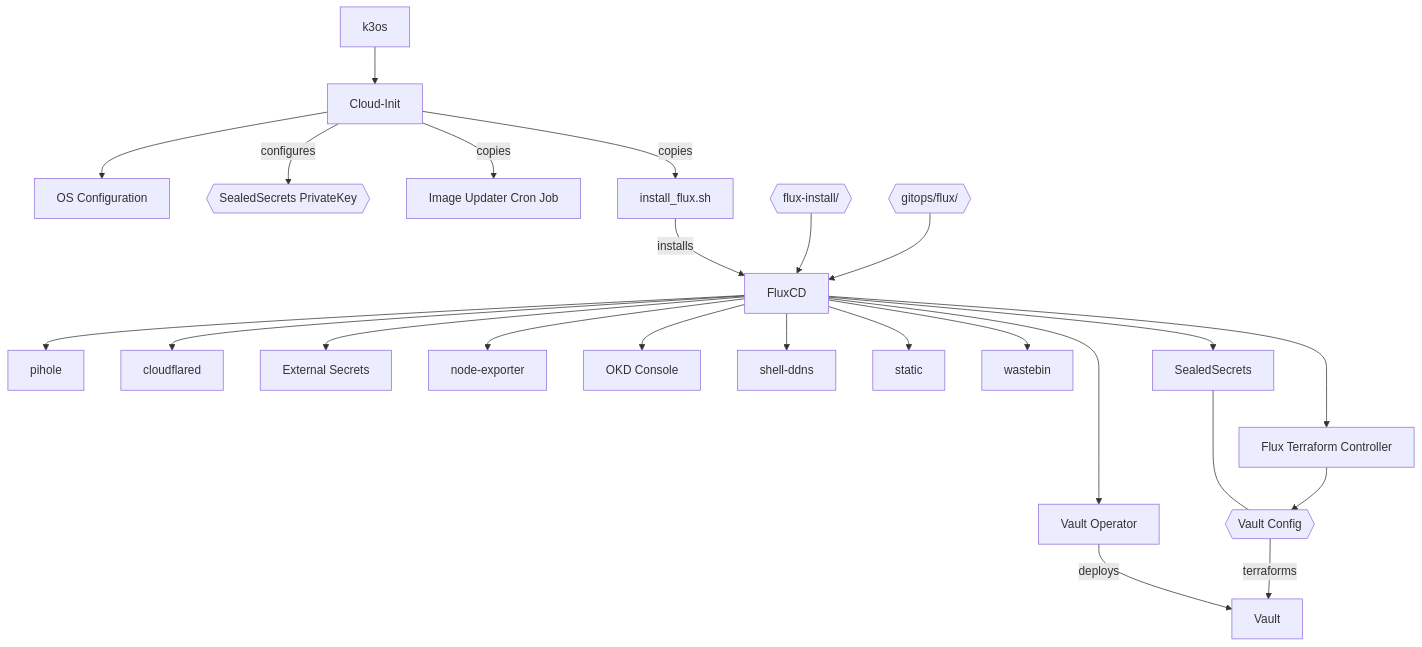
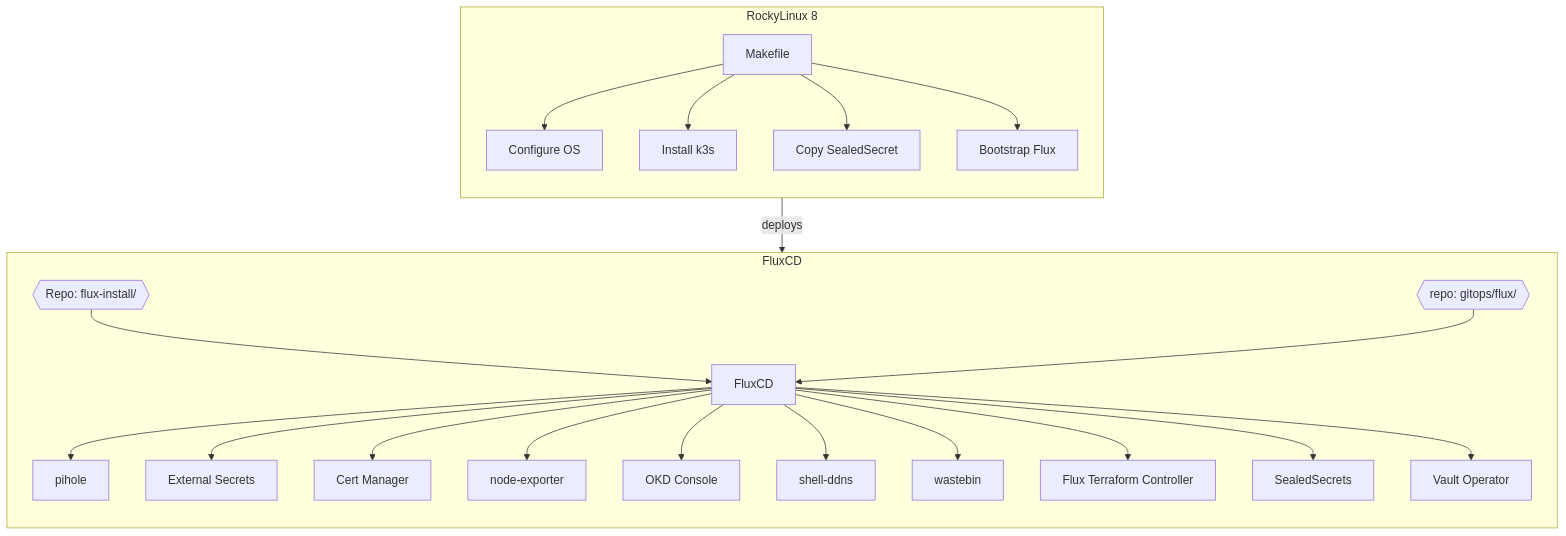
Before and after one commit to ThomasBuchinger/voodoo-gitops: the first of 2 diagrams in README.md, drawn with Mermaid. The commit also changed other lines of this file and 57 other files, not shown here.

First line of the commit message:
Move from k3os to k3s on RockyLinux 8 (#17)

````diff
--- a/README.md
+++ b/README.md
@@ -36,33 +28,32 @@
 ```mermaid
-flowchart TD
+flowchart TB
 
-k3os-->ci[Cloud-Init]
+subgraph os[RockyLinux 8]
+direction TB
+Makefile-->os_conf[Configure OS]
+Makefile-->k3s[Install k3s]
+Makefile-->copy_ss[Copy SealedSecret]
+Makefile-->bootstrap[Bootstrap Flux]
 
-ci-->os[OS Configuration]
-ci--configures-->ss_key{{SealedSecrets PrivateKey}}
-ci--copies-->cron[Image Updater Cron Job]
-ci--copies-->install_flux[install_flux.sh]
+end
 
-repo_flux_install{{flux-install/}}
-install_flux--installs-->FluxCD
-repo_flux_install-->FluxCD
+os--deploys-->flux
 
-repo_flux{{gitops/flux/}}-->FluxCD
+subgraph flux[FluxCD]
+direction TB
+
+repo_flux_install{{Repo: flux-install/}}-->FluxCD
+repo_flux{{repo: gitops/flux/}}-->FluxCD
+
 FluxCD-->pihole
-FluxCD-->cloudflared
 FluxCD-->eso[External Secrets]
+FluxCD-->cert[Cert Manager]
 FluxCD-->node-exporter
 FluxCD-->console[OKD Console]
 FluxCD-->shell-ddns
-FluxCD-->static
 FluxCD-->wastebin
 FluxCD-->tfc[Flux Terraform Controller]
 FluxCD-->ss[SealedSecrets]
-
-FluxCD---->vaultop[Vault Operator]
-vaultop--deploys-->Vault
-ss----vaultcfg
-tfc-->vaultcfg{{Vault Config}}
-vaultcfg--terraforms-->Vault
-
+FluxCD-->vaultop[Vault Operator]
+end
 ```
````
